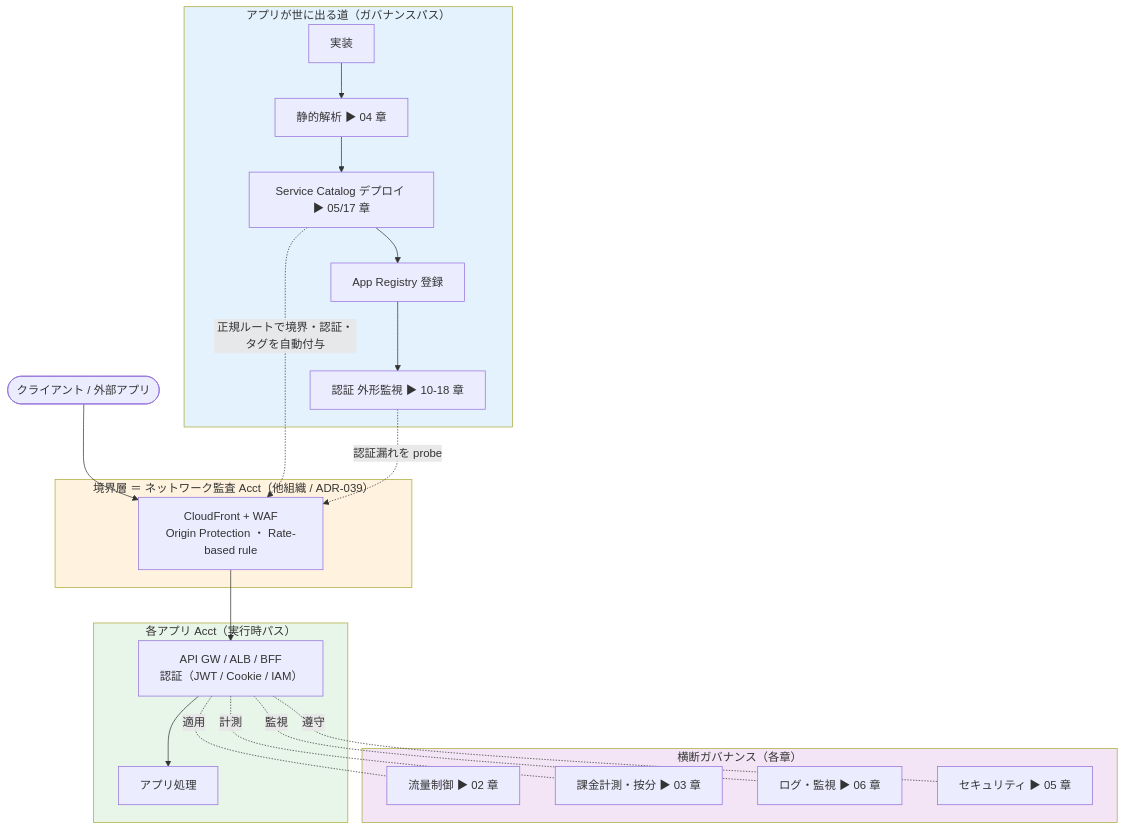
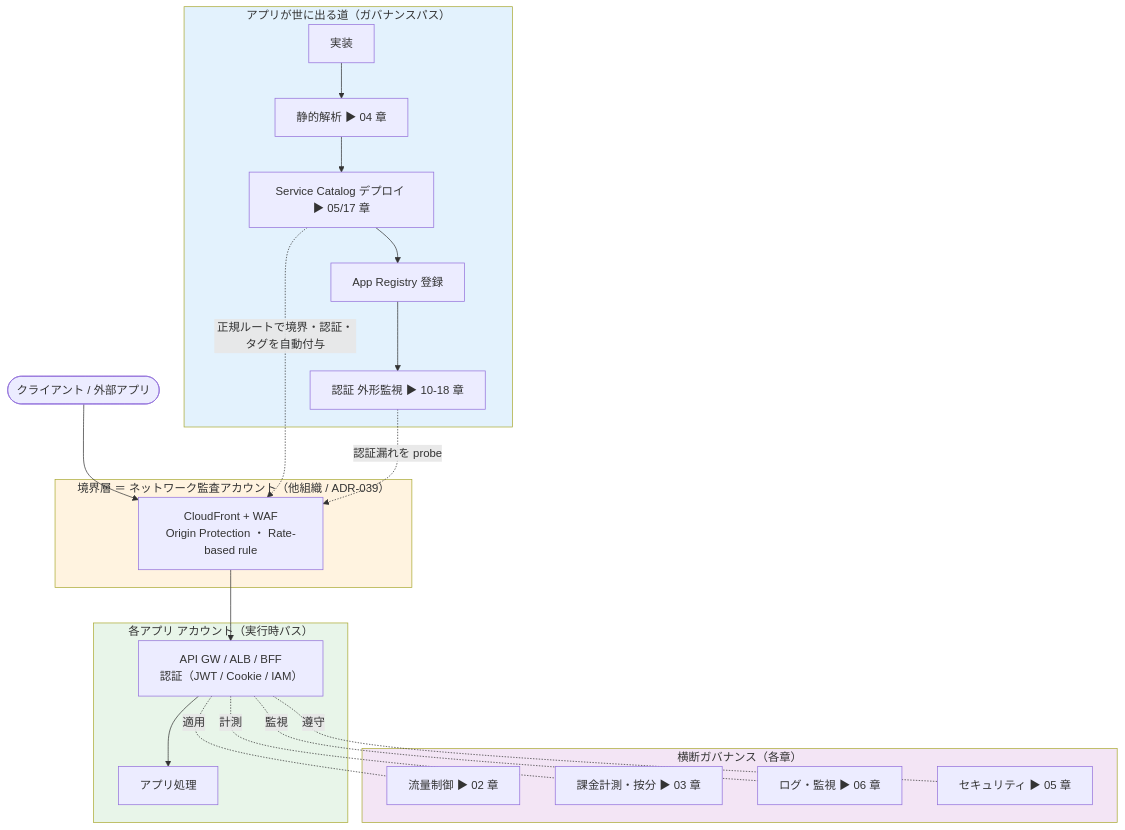
One commit to suepie/aws-atuh-poc changed the first of 3 diagrams in doc/api-platform/basic-design/01-cloud-guidelines-overview.md. Above: the diagram before and after it, drawn with Mermaid. The commit also changed other lines of this file and 29 other files, not shown here.

````diff
--- a/doc/api-platform/basic-design/01-cloud-guidelines-overview.md
+++ b/doc/api-platform/basic-design/01-cloud-guidelines-overview.md
@@ -15,40 +15,40 @@
 ```mermaid
 flowchart TB
     Client([クライアント / 外部アプリ])
 
-    subgraph Edge["境界層 ＝ ネットワーク監査 Acct（他組織 / ADR-039）"]
+    subgraph Edge["境界層 ＝ ネットワーク監査アカウント（他組織 / ADR-039）"]
         CF["CloudFront + WAF<br/>Origin Protection ・ Rate-based rule"]
     end
 
-    subgraph AppAcct["各アプリ Acct（実行時パス）"]
+    subgraph AppAcct["各アプリ アカウント（実行時パス）"]
         GW["API GW / ALB / BFF<br/>認証（JWT / Cookie / IAM）"]
         APP["アプリ処理"]
     end
 
     subgraph Cross["横断ガバナンス（各章）"]
         RL["流量制御 ▶ 02 章"]
         BL["課金計測・按分 ▶ 03 章"]
         OBS["ログ・監視 ▶ 06 章"]
         SEC["セキュリティ ▶ 05 章"]
     end
 
     subgraph Gov["アプリが世に出る道（ガバナンスパス）"]
         DEV["実装"] --> SA["静的解析 ▶ 04 章"]
         SA --> SC["Service Catalog デプロイ ▶ 05/17 章"]
         SC --> REG["App Registry 登録"]
         REG --> MON["認証 外形監視 ▶ 10-18 章"]
     end
 
     Client --> CF --> GW --> APP
     GW -. 適用 .- RL
     GW -. 計測 .- BL
     GW -. 監視 .- OBS
     GW -. 遵守 .- SEC
     SC -.->|正規ルートで境界・認証・タグを自動付与| CF
     MON -.->|認証漏れを probe| CF
 
     style Edge fill:#fff3e0
     style AppAcct fill:#e8f5e9
     style Cross fill:#f3e5f5
     style Gov fill:#e3f2fd
 ```
````
